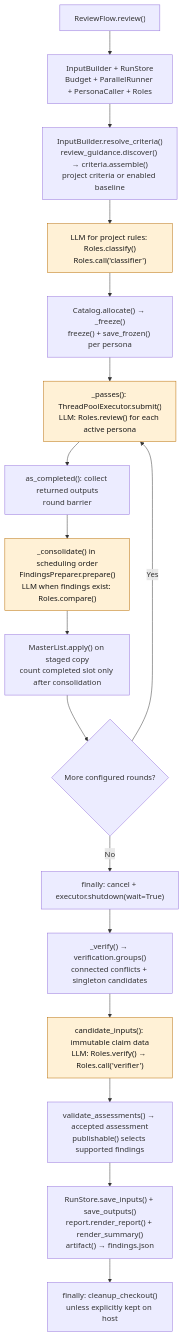
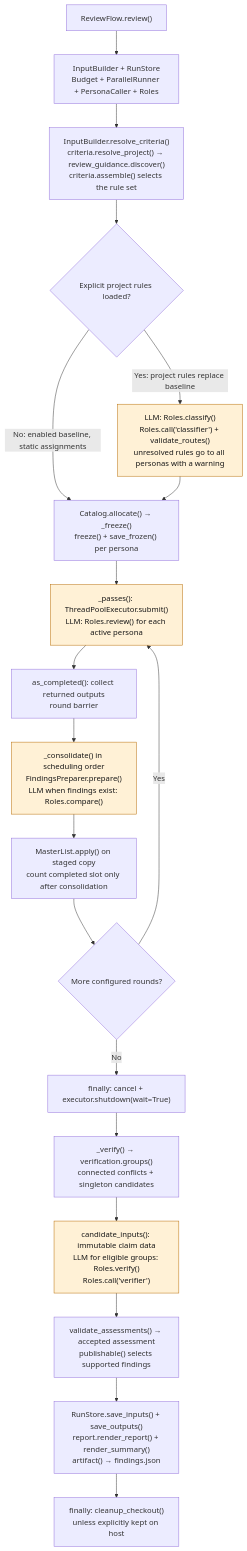
The third of 6 diagrams in docs/project-explainer.md (sskelkar/code-reviewer), drawn with Mermaid before and after one commit. The commit also changed other lines of this file, not shown here.

Commit message:
Explain criteria selection and finding publication gates

````diff
--- a/docs/project-explainer.md
+++ b/docs/project-explainer.md
@@ -119,21 +119,23 @@
 ```mermaid
 flowchart TD
     START["ReviewFlow.review()"] --> INPUT["InputBuilder + RunStore<br/>Budget + ParallelRunner + PersonaCaller + Roles"]
-    INPUT --> RES["InputBuilder.resolve_criteria()<br/>review_guidance.discover() → criteria.assemble()<br/>project criteria or enabled baseline"]
-    RES --> CLASS["LLM for project rules: Roles.classify()<br/>Roles.call('classifier')"]
-    CLASS --> FREEZE["Catalog.allocate() → _freeze()<br/>freeze() + save_frozen() per persona"]
+    INPUT --> RES["InputBuilder.resolve_criteria()<br/>criteria.resolve_project() → review_guidance.discover()<br/>criteria.assemble() selects the rule set"]
+    RES --> PROJECT{"Explicit project rules loaded?"}
+    PROJECT -->|Yes: project rules replace baseline| CLASS["LLM: Roles.classify()<br/>Roles.call('classifier') + validate_routes()<br/>unresolved rules go to all personas with a warning"]
+    PROJECT -->|No: enabled baseline, static assignments| FREEZE["Catalog.allocate() → _freeze()<br/>freeze() + save_frozen() per persona"]
+    CLASS --> FREEZE
     FREEZE --> ROUND["_passes(): ThreadPoolExecutor.submit()<br/>LLM: Roles.review() for each active persona"]
     ROUND --> WAIT["as_completed(): collect returned outputs<br/>round barrier"]
     WAIT --> MERGE["_consolidate() in scheduling order<br/>FindingsPreparer.prepare()<br/>LLM when findings exist: Roles.compare()"]
     MERGE --> APPLY["MasterList.apply() on staged copy<br/>count completed slot only after consolidation"]
     APPLY --> NEXT{"More configured rounds?"}
     NEXT -->|Yes| ROUND
     NEXT -->|No| JOIN["finally: cancel + executor.shutdown(wait=True)"]
     JOIN --> JOBS["_verify() → verification.groups()<br/>connected conflicts + singleton candidates"]
-    JOBS --> VERIFY["candidate_inputs(): immutable claim data<br/>LLM: Roles.verify() → Roles.call('verifier')"]
+    JOBS --> VERIFY["candidate_inputs(): immutable claim data<br/>LLM for eligible groups: Roles.verify()<br/>Roles.call('verifier')"]
     VERIFY --> GATE["validate_assessments() → accepted assessment<br/>publishable() selects supported findings"]
     GATE --> REPORT["RunStore.save_inputs() + save_outputs()<br/>report.render_report() + render_summary()<br/>artifact() → findings.json"]
     REPORT --> CLEAN["finally: cleanup_checkout()<br/>unless explicitly kept on host"]
     classDef llm fill:#fff1d6,stroke:#b76b00,color:#171717
     class CLASS,ROUND,MERGE,VERIFY llm
 ```
````
